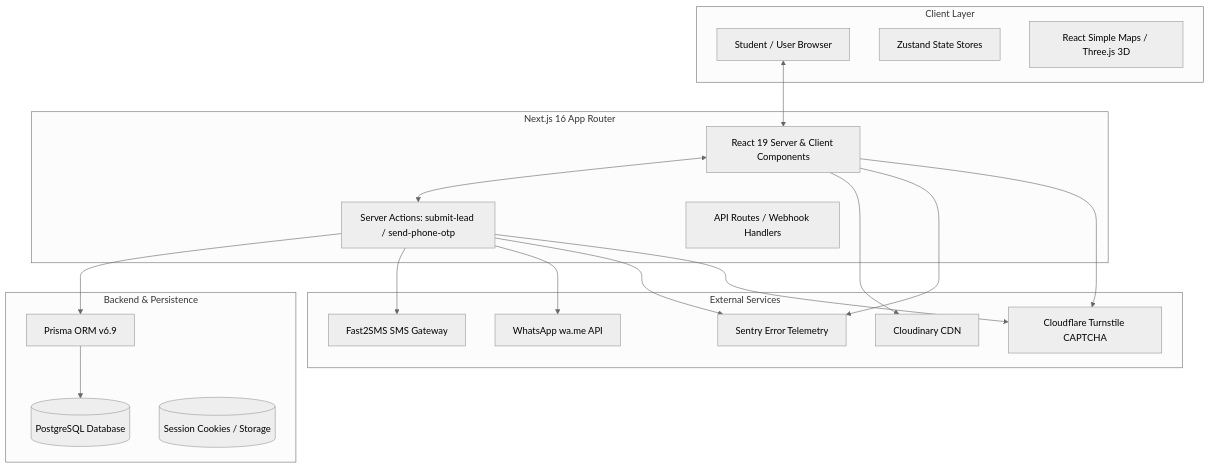
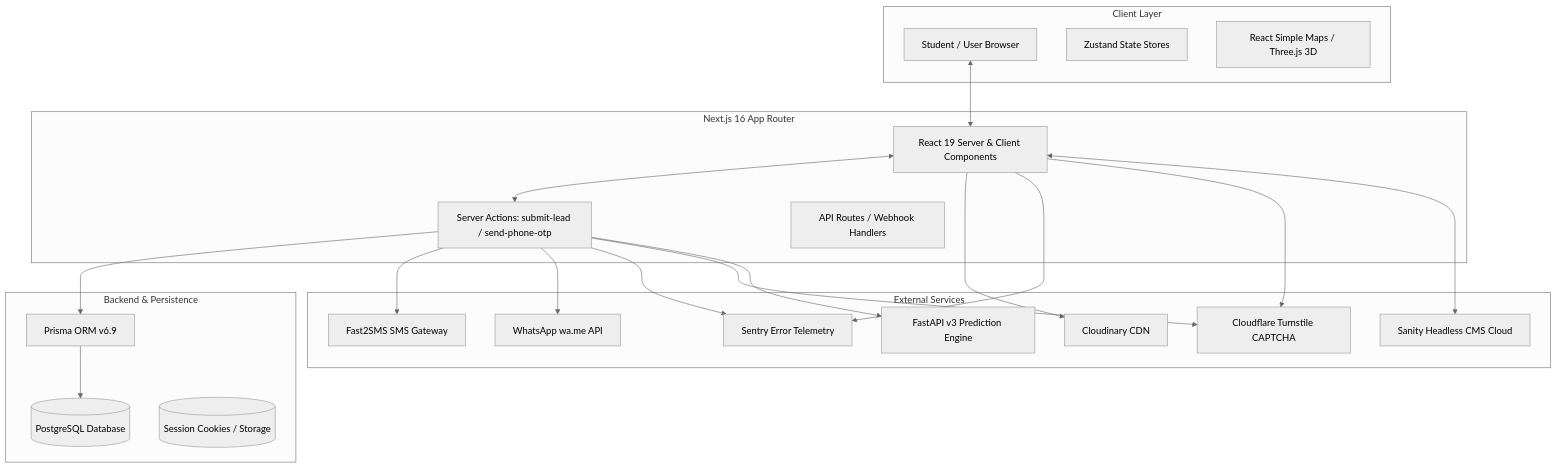
The first of 5 diagrams in docs/PROJECT_FLOW.md (isha-mistry/neet-ug), drawn with Mermaid (neutral theme) before and after one commit. The commit also changed other lines of this file and 5 other files, not shown here.

````diff
--- a/docs/PROJECT_FLOW.md
+++ b/docs/PROJECT_FLOW.md
@@ -39,39 +39,43 @@
 ```mermaid
 graph TD
     subgraph Client Layer
         Browser[Student / User Browser]
         Zustand[Zustand State Stores]
         Maps[React Simple Maps / Three.js 3D]
     end
 
     subgraph Next.js 16 App Router
         Pages[React 19 Server & Client Components]
         Actions[Server Actions: submit-lead / send-phone-otp]
         APIs[API Routes / Webhook Handlers]
     end
 
     subgraph Backend & Persistence
         Prisma[Prisma ORM v6.9]
         PG[(PostgreSQL Database)]
         Redis[(Session Cookies / Storage)]
     end
 
     subgraph External Services
         Fast2SMS[Fast2SMS SMS Gateway]
         WA[WhatsApp wa.me API]
         CDN[Cloudinary CDN]
         Sentry[Sentry Error Telemetry]
         Turnstile[Cloudflare Turnstile CAPTCHA]
+        Sanity[Sanity Headless CMS Cloud]
+        FastAPI[FastAPI v3 Prediction Engine]
     end
 
     Browser <--> Pages
     Pages <--> Actions
     Actions --> Prisma --> PG
     Actions --> Fast2SMS
     Actions --> WA
     Actions --> Sentry
     Actions --> Turnstile
+    Actions --> FastAPI
     Pages --> CDN
     Pages --> Sentry
     Pages --> Turnstile
+    Pages <--> Sanity
 ```
````
